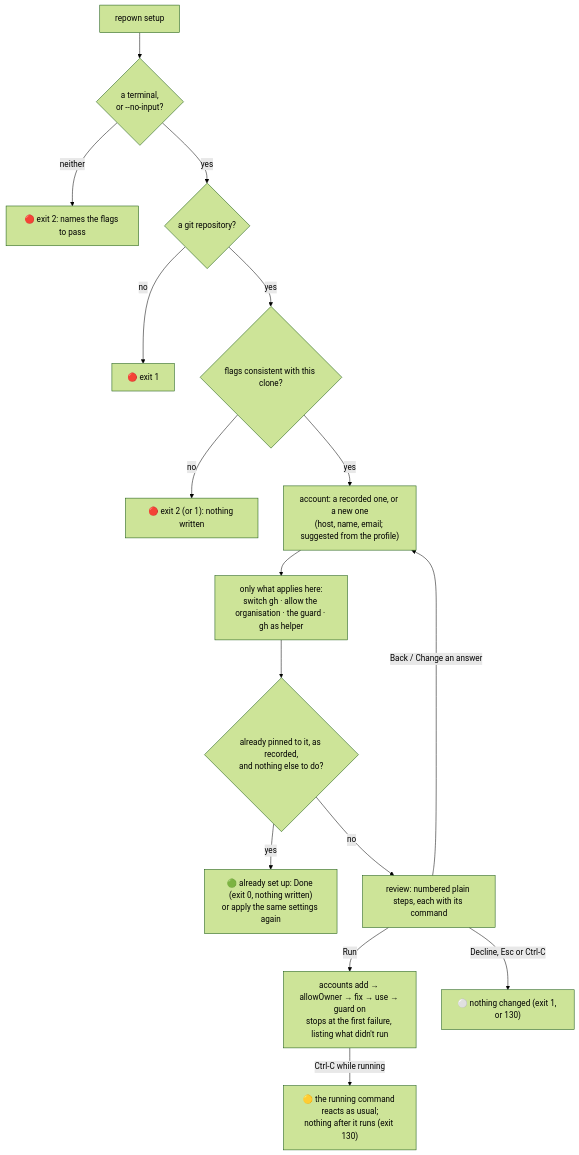
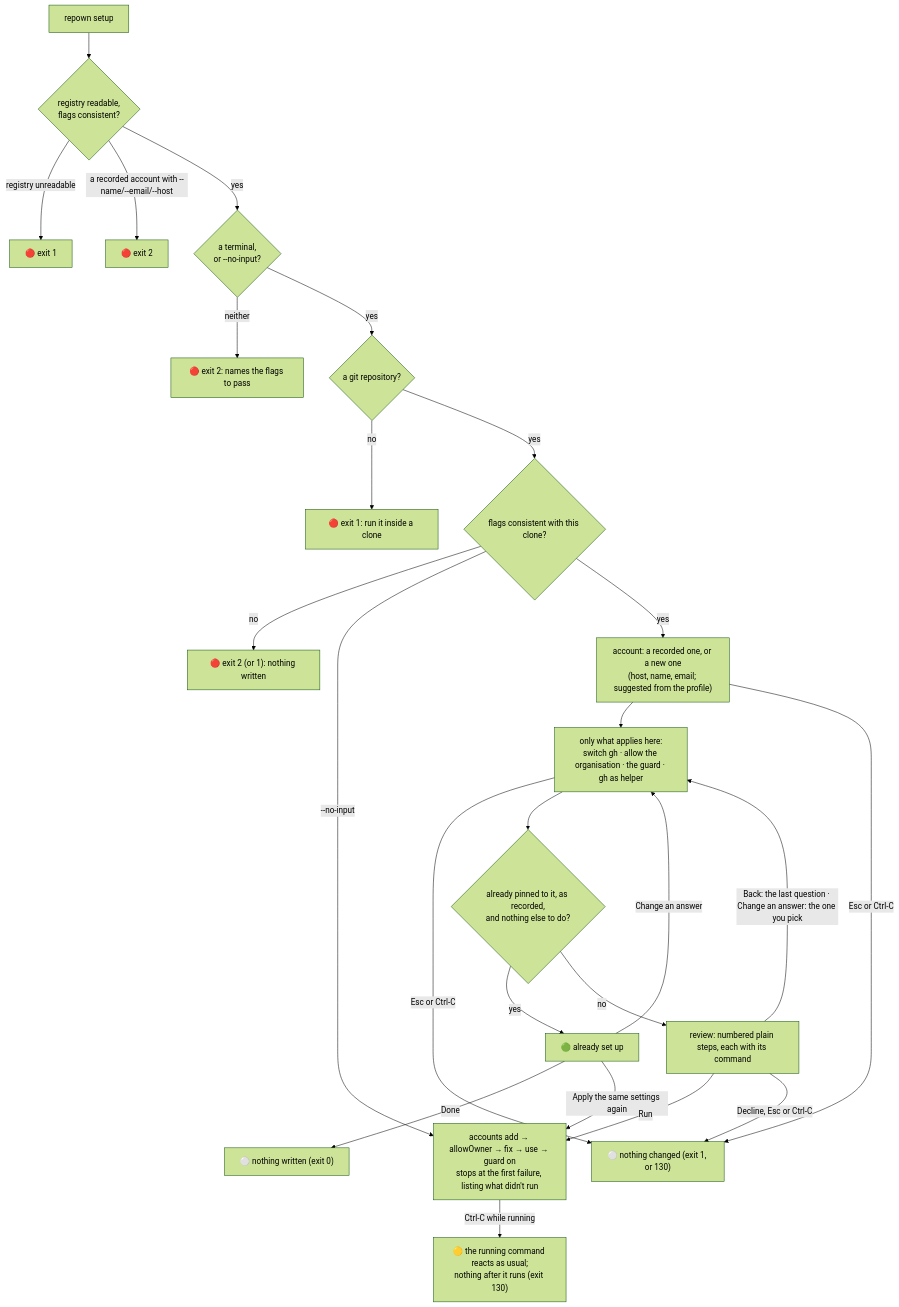
Before and after one commit to makubexD/repown: the ninth of 9 diagrams in docs/HOW-IT-WORKS.md, drawn with Mermaid (forest theme). The commit also changed other lines of this file and 20 other files, not shown here.

````diff
--- a/docs/HOW-IT-WORKS.md
+++ b/docs/HOW-IT-WORKS.md
@@ -464,18 +464,27 @@
 ```mermaid
 flowchart TD
-  S[repown setup] --> T{"a terminal,<br/>or --no-input?"}
+  S[repown setup] --> G{"registry readable,<br/>flags consistent?"}
+  G -->|registry unreadable| X0["🔴 exit 1"]
+  G -->|a recorded account with --name/--email/--host| X4["🔴 exit 2"]
+  G -->|yes| T{"a terminal,<br/>or --no-input?"}
   T -->|neither| X2["🔴 exit 2: names the flags to pass"]
   T -->|yes| R{"a git repository?"}
-  R -->|no| X1["🔴 exit 1"]
+  R -->|no| X1["🔴 exit 1: run it inside a clone"]
   R -->|yes| F{"flags consistent with this clone?"}
   F -->|no| X3["🔴 exit 2 (or 1): nothing written"]
+  F -->|--no-input| C
   F -->|yes| A["account: a recorded one, or a new one<br/>(host, name, email; suggested from the profile)"]
   A --> Q["only what applies here:<br/>switch gh · allow the organisation · the guard · gh as helper"]
+  A -->|Esc or Ctrl-C| N
+  Q -->|Esc or Ctrl-C| N
   Q --> K{"already pinned to it, as recorded,<br/>and nothing else to do?"}
-  K -->|yes| D["🟢 already set up: Done (exit 0, nothing written)<br/>or apply the same settings again"]
+  K -->|yes| D["🟢 already set up"]
+  D -->|Done| DN["⚪ nothing written (exit 0)"]
+  D -->|Apply the same settings again| C
+  D -->|Change an answer| Q
   K -->|no| V["review: numbered plain steps, each with its command"]
   V -->|Run| C["accounts add → allowOwner → fix → use → guard on<br/>stops at the first failure, listing what didn't run"]
-  V -->|Back / Change an answer| A
+  V -->|"Back: the last question · Change an answer: the one you pick"| Q
   V -->|Decline, Esc or Ctrl-C| N["⚪ nothing changed (exit 1, or 130)"]
   C -->|Ctrl-C while running| I["🟡 the running command reacts as usual;<br/>nothing after it runs (exit 130)"]
 ```
````
